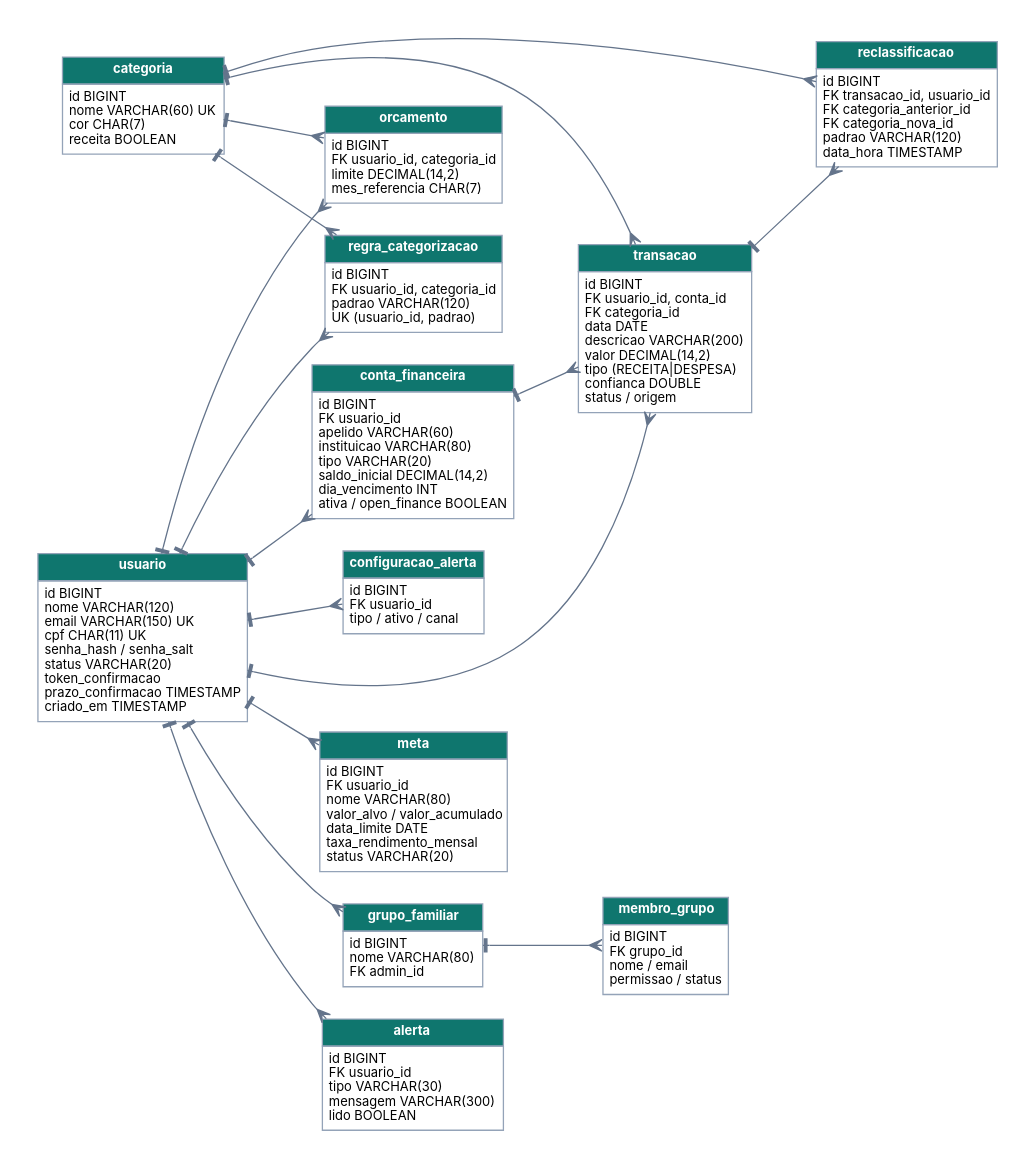
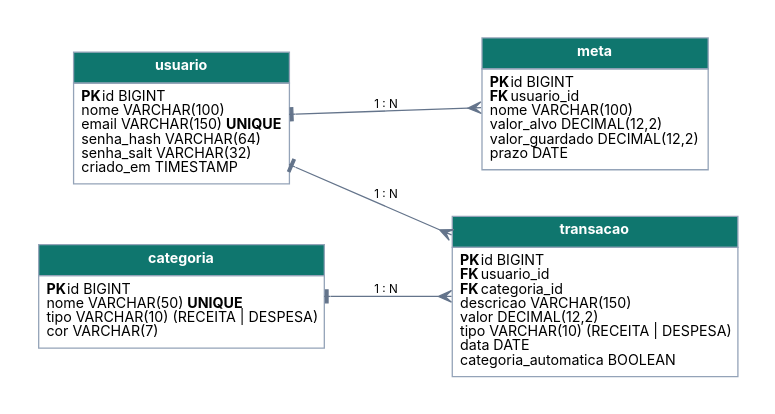
The diagram in docs/der.dot (gabrielleonidass/FinIA), drawn with Graphviz before and after one commit. The commit also changed 89 other files, not shown here.

```diff
--- a/docs/der.dot
+++ b/docs/der.dot
@@ -1,21 +1,12 @@
 digraph DER {
-  graph [rankdir=LR, fontname="Inter", bgcolor="white", nodesep=0.35, ranksep=0.7, pad=0.3];
-  node [shape=plain, fontname="Inter", fontsize=10];
-  edge [fontname="Inter", fontsize=8, color="#64748b", arrowhead=crow, arrowtail=tee, dir=both];
-  usuario [label=<<table border="0" cellborder="1" cellspacing="0" cellpadding="4" color="#94a3b8"><tr><td bgcolor="#0f766e"><font color="white"><b>usuario</b></font></td></tr><tr><td align="left">id BIGINT<br align="left"/>nome VARCHAR(120)<br align="left"/>email VARCHAR(150) UK<br align="left"/>cpf CHAR(11) UK<br align="left"/>senha_hash / senha_salt<br align="left"/>status VARCHAR(20)<br align="left"/>token_confirmacao<br align="left"/>prazo_confirmacao TIMESTAMP<br align="left"/>criado_em TIMESTAMP<br align="left"/></td></tr></table>>];
-  categoria [label=<<table border="0" cellborder="1" cellspacing="0" cellpadding="4" color="#94a3b8"><tr><td bgcolor="#0f766e"><font color="white"><b>categoria</b></font></td></tr><tr><td align="left">id BIGINT<br align="left"/>nome VARCHAR(60) UK<br align="left"/>cor CHAR(7)<br align="left"/>receita BOOLEAN<br align="left"/></td></tr></table>>];
-  conta [label=<<table border="0" cellborder="1" cellspacing="0" cellpadding="4" color="#94a3b8"><tr><td bgcolor="#0f766e"><font color="white"><b>conta_financeira</b></font></td></tr><tr><td align="left">id BIGINT<br align="left"/>FK usuario_id<br align="left"/>apelido VARCHAR(60)<br align="left"/>instituicao VARCHAR(80)<br align="left"/>tipo VARCHAR(20)<br align="left"/>saldo_inicial DECIMAL(14,2)<br align="left"/>dia_vencimento INT<br align="left"/>ativa / open_finance BOOLEAN<br align="left"/></td></tr></table>>];
-  transacao [label=<<table border="0" cellborder="1" cellspacing="0" cellpadding="4" color="#94a3b8"><tr><td bgcolor="#0f766e"><font color="white"><b>transacao</b></font></td></tr><tr><td align="left">id BIGINT<br align="left"/>FK usuario_id, conta_id<br align="left"/>FK categoria_id<br align="left"/>data DATE<br align="left"/>descricao VARCHAR(200)<br align="left"/>valor DECIMAL(14,2)<br align="left"/>tipo (RECEITA|DESPESA)<br align="left"/>confianca DOUBLE<br align="left"/>status / origem<br align="left"/></td></tr></table>>];
-  reclass [label=<<table border="0" cellborder="1" cellspacing="0" cellpadding="4" color="#94a3b8"><tr><td bgcolor="#0f766e"><font color="white"><b>reclassificacao</b></font></td></tr><tr><td align="left">id BIGINT<br align="left"/>FK transacao_id, usuario_id<br align="left"/>FK categoria_anterior_id<br align="left"/>FK categoria_nova_id<br align="left"/>padrao VARCHAR(120)<br align="left"/>data_hora TIMESTAMP<br align="left"/></td></tr></table>>];
-  regra [label=<<table border="0" cellborder="1" cellspacing="0" cellpadding="4" color="#94a3b8"><tr><td bgcolor="#0f766e"><font color="white"><b>regra_categorizacao</b></font></td></tr><tr><td align="left">id BIGINT<br align="left"/>FK usuario_id, categoria_id<br align="left"/>padrao VARCHAR(120)<br align="left"/>UK (usuario_id, padrao)<br align="left"/></td></tr></table>>];
-  meta [label=<<table border="0" cellborder="1" cellspacing="0" cellpadding="4" color="#94a3b8"><tr><td bgcolor="#0f766e"><font color="white"><b>meta</b></font></td></tr><tr><td align="left">id BIGINT<br align="left"/>FK usuario_id<br align="left"/>nome VARCHAR(80)<br align="left"/>valor_alvo / valor_acumulado<br align="left"/>data_limite DATE<br align="left"/>taxa_rendimento_mensal<br align="left"/>status VARCHAR(20)<br align="left"/></td></tr></table>>];
-  orcamento [label=<<table border="0" cellborder="1" cellspacing="0" cellpadding="4" color="#94a3b8"><tr><td bgcolor="#0f766e"><font color="white"><b>orcamento</b></font></td></tr><tr><td align="left">id BIGINT<br align="left"/>FK usuario_id, categoria_id<br align="left"/>limite DECIMAL(14,2)<br align="left"/>mes_referencia CHAR(7)<br align="left"/></td></tr></table>>];
-  alerta [label=<<table border="0" cellborder="1" cellspacing="0" cellpadding="4" color="#94a3b8"><tr><td bgcolor="#0f766e"><font color="white"><b>alerta</b></font></td></tr><tr><td align="left">id BIGINT<br align="left"/>FK usuario_id<br align="left"/>tipo VARCHAR(30)<br align="left"/>mensagem VARCHAR(300)<br align="left"/>lido BOOLEAN<br align="left"/></td></tr></table>>];
-  config [label=<<table border="0" cellborder="1" cellspacing="0" cellpadding="4" color="#94a3b8"><tr><td bgcolor="#0f766e"><font color="white"><b>configuracao_alerta</b></font></td></tr><tr><td align="left">id BIGINT<br align="left"/>FK usuario_id<br align="left"/>tipo / ativo / canal<br align="left"/></td></tr></table>>];
-  grupo [label=<<table border="0" cellborder="1" cellspacing="0" cellpadding="4" color="#94a3b8"><tr><td bgcolor="#0f766e"><font color="white"><b>grupo_familiar</b></font></td></tr><tr><td align="left">id BIGINT<br align="left"/>nome VARCHAR(80)<br align="left"/>FK admin_id<br align="left"/></td></tr></table>>];
-  membro [label=<<table border="0" cellborder="1" cellspacing="0" cellpadding="4" color="#94a3b8"><tr><td bgcolor="#0f766e"><font color="white"><b>membro_grupo</b></font></td></tr><tr><td align="left">id BIGINT<br align="left"/>FK grupo_id<br align="left"/>nome / email<br align="left"/>permissao / status<br align="left"/></td></tr></table>>];
-  usuario -> conta; usuario -> transacao; conta -> transacao; categoria -> transacao;
-  transacao -> reclass; categoria -> reclass; usuario -> regra; categoria -> regra;
-  usuario -> meta; usuario -> orcamento; categoria -> orcamento; usuario -> alerta; usuario -> config;
-  usuario -> grupo; grupo -> membro;
+  graph [rankdir=LR, fontname="Inter", bgcolor="white", nodesep=0.5, ranksep=1.0, pad=0.3];
+  node [shape=plain, fontname="Inter", fontsize=11];
+  edge [fontname="Inter", fontsize=9, color="#64748b", arrowhead=crow, arrowtail=tee, dir=both];
+  usuario [label=<<table border="0" cellborder="1" cellspacing="0" cellpadding="5" color="#94a3b8"><tr><td bgcolor="#0f766e"><font color="white"><b>usuario</b></font></td></tr><tr><td align="left"><b>PK</b> id BIGINT<br align="left"/>nome VARCHAR(100)<br align="left"/>email VARCHAR(150) <b>UNIQUE</b><br align="left"/>senha_hash VARCHAR(64)<br align="left"/>senha_salt VARCHAR(32)<br align="left"/>criado_em TIMESTAMP<br align="left"/></td></tr></table>>];
+  categoria [label=<<table border="0" cellborder="1" cellspacing="0" cellpadding="5" color="#94a3b8"><tr><td bgcolor="#0f766e"><font color="white"><b>categoria</b></font></td></tr><tr><td align="left"><b>PK</b> id BIGINT<br align="left"/>nome VARCHAR(50) <b>UNIQUE</b><br align="left"/>tipo VARCHAR(10) (RECEITA | DESPESA)<br align="left"/>cor VARCHAR(7)<br align="left"/></td></tr></table>>];
+  transacao [label=<<table border="0" cellborder="1" cellspacing="0" cellpadding="5" color="#94a3b8"><tr><td bgcolor="#0f766e"><font color="white"><b>transacao</b></font></td></tr><tr><td align="left"><b>PK</b> id BIGINT<br align="left"/><b>FK</b> usuario_id<br align="left"/><b>FK</b> categoria_id<br align="left"/>descricao VARCHAR(150)<br align="left"/>valor DECIMAL(12,2)<br align="left"/>tipo VARCHAR(10) (RECEITA | DESPESA)<br align="left"/>data DATE<br align="left"/>categoria_automatica BOOLEAN<br align="left"/></td></tr></table>>];
+  meta [label=<<table border="0" cellborder="1" cellspacing="0" cellpadding="5" color="#94a3b8"><tr><td bgcolor="#0f766e"><font color="white"><b>meta</b></font></td></tr><tr><td align="left"><b>PK</b> id BIGINT<br align="left"/><b>FK</b> usuario_id<br align="left"/>nome VARCHAR(100)<br align="left"/>valor_alvo DECIMAL(12,2)<br align="left"/>valor_guardado DECIMAL(12,2)<br align="left"/>prazo DATE<br align="left"/></td></tr></table>>];
+  usuario -> transacao [label="  1 : N  "];
+  categoria -> transacao [label="  1 : N  "];
+  usuario -> meta [label="  1 : N  "];
 }
```
